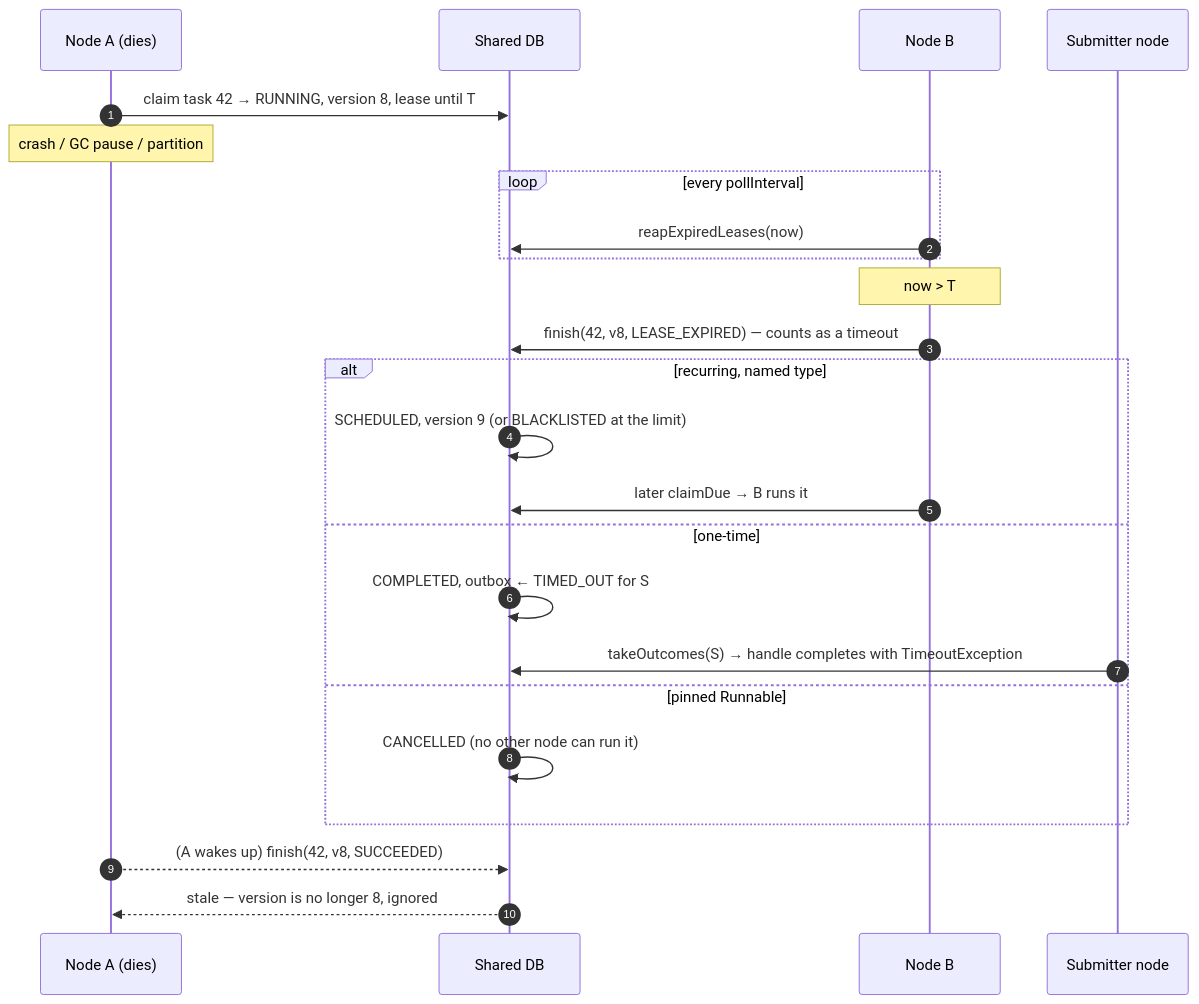
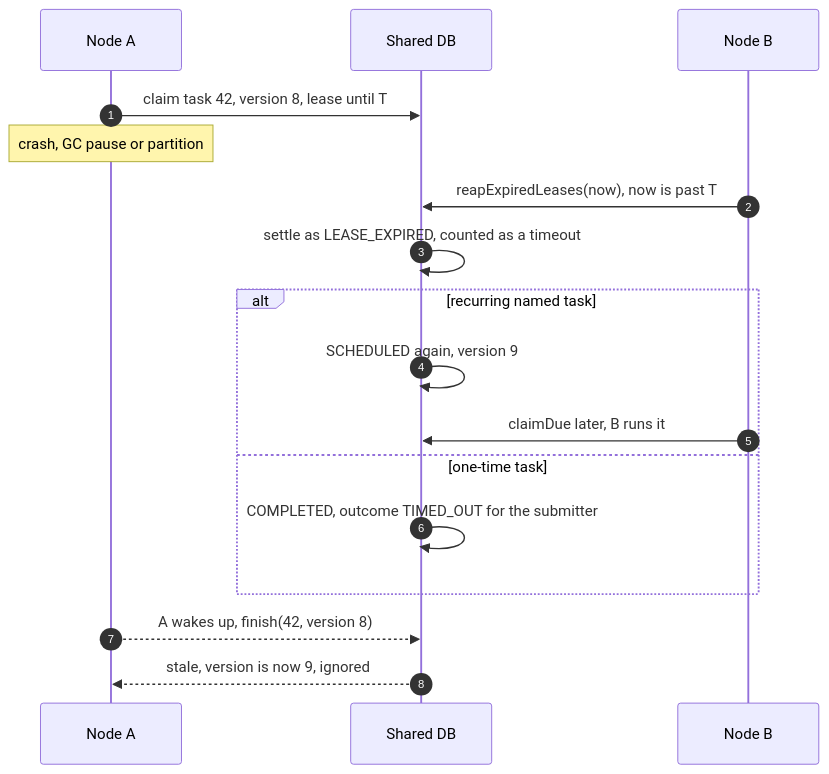
Before and after one commit to deyindra/System_Design: the eighth of 9 diagrams in scheduler/README.md, drawn with Mermaid. The commit also changed other lines of this file and 4 other files, not shown here.

````diff
--- a/scheduler/README.md
+++ b/scheduler/README.md
@@ -675,27 +497,20 @@
 ```mermaid
 sequenceDiagram
     autonumber
-    participant A as Node A (dies)
+    participant A as Node A
     participant DB as Shared DB
     participant B as Node B
-    participant S as Submitter node
 
-    A->>DB: claim task 42 → RUNNING, version 8, lease until T
-    Note over A: crash / GC pause / partition
-    loop every pollInterval
-        B->>DB: reapExpiredLeases(now)
+    A->>DB: claim task 42, version 8, lease until T
+    Note over A: crash, GC pause or partition
+    B->>DB: reapExpiredLeases(now), now is past T
+    DB->>DB: settle as LEASE_EXPIRED, counted as a timeout
+    alt recurring named task
+        DB->>DB: SCHEDULED again, version 9
+        B->>DB: claimDue later, B runs it
+    else one-time task
+        DB->>DB: COMPLETED, outcome TIMED_OUT for the submitter
     end
-    Note over B: now > T
-    B->>DB: finish(42, v8, LEASE_EXPIRED) — counts as a timeout
-    alt recurring, named type
-        DB->>DB: SCHEDULED, version 9 (or BLACKLISTED at the limit)
-        B->>DB: later claimDue → B runs it
-    else one-time
-        DB->>DB: COMPLETED, outbox ← TIMED_OUT for S
-        S->>DB: takeOutcomes(S) → handle completes with TimeoutException
-    else pinned Runnable
-        DB->>DB: CANCELLED (no other node can run it)
-    end
-    A-->>DB: (A wakes up) finish(42, v8, SUCCEEDED)
-    DB-->>A: stale — version is no longer 8, ignored
+    A-->>DB: A wakes up, finish(42, version 8)
+    DB-->>A: stale, version is now 9, ignored
 ```
````
